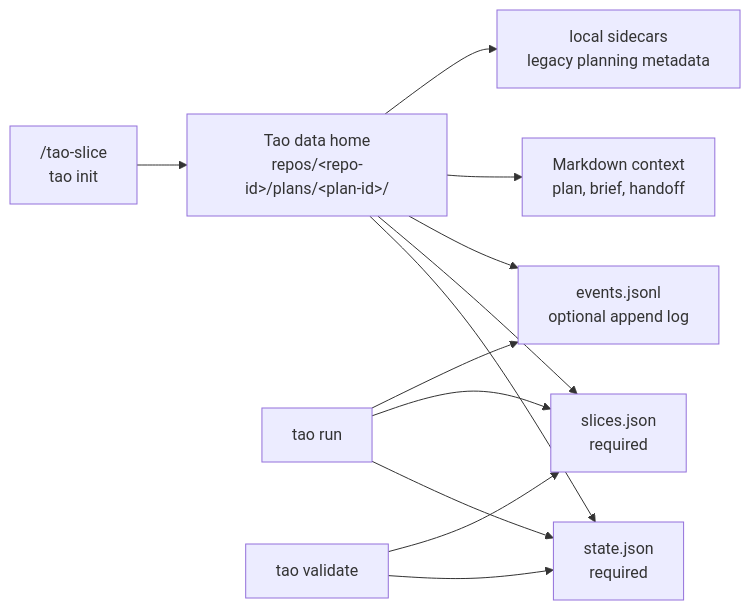
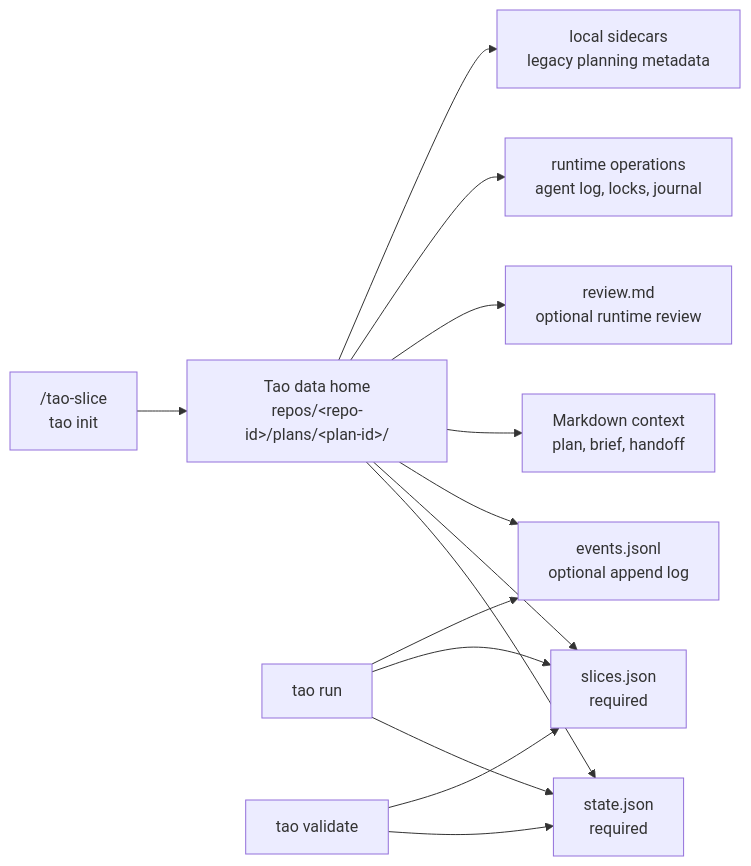
One commit to iamseth/tao changed the first of 3 diagrams in docs/plan-format.md. Above: the diagram before and after it, drawn with Mermaid. The commit also changed other lines of this file and 2 other files, not shown here.

````diff
--- a/docs/plan-format.md
+++ b/docs/plan-format.md
@@ -7,15 +7,17 @@
 ```mermaid
 flowchart LR
     Create["/tao-slice<br/>tao init"] --> Dir["Tao data home<br/>repos/&lt;repo-id&gt;/plans/&lt;plan-id&gt;/"]
     Dir --> State["state.json<br/>required"]
     Dir --> Slices["slices.json<br/>required"]
     Dir --> Events["events.jsonl<br/>optional append log"]
     Dir --> Context["Markdown context<br/>plan, brief, handoff"]
+    Dir --> Review["review.md<br/>optional runtime review"]
+    Dir --> Ops["runtime operations<br/>agent log, locks, journal"]
     Dir --> Sidecars["local sidecars<br/>legacy planning metadata"]
 
     Run["tao run"] --> State
     Run --> Slices
     Run --> Events
     Validate["tao validate"] --> State
     Validate --> Slices
 ```
````
